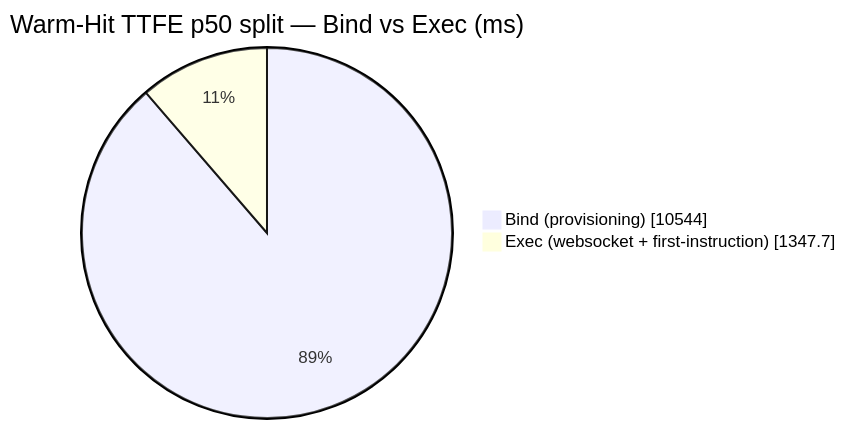
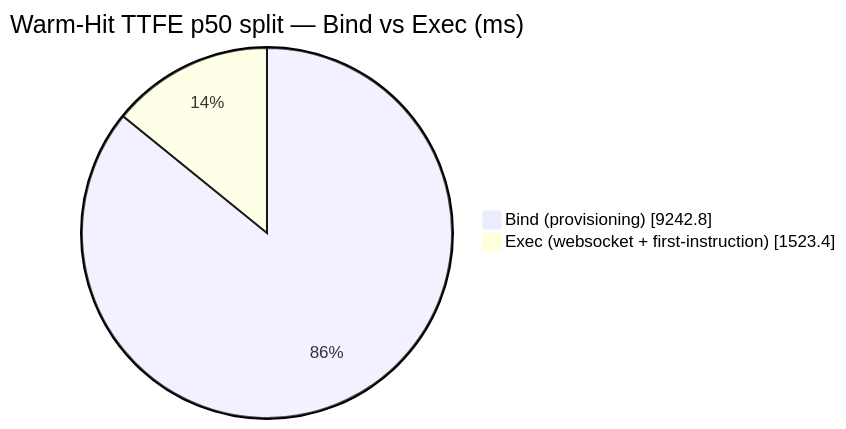
The diagram in DETAILS.md (AlexBulankou/honest-bench), drawn with Mermaid before and after one commit. The commit also changed other lines of this file and 5 other files, not shown here.

````diff
--- a/DETAILS.md
+++ b/DETAILS.md
@@ -109,6 +110,6 @@
 ```mermaid
 pie showData
     title Warm-Hit TTFE p50 split — Bind vs Exec (ms)
-    "Bind (provisioning)" : 10544.0
-    "Exec (websocket + first-instruction)" : 1347.7
+    "Bind (provisioning)" : 9242.8
+    "Exec (websocket + first-instruction)" : 1523.4
 ```
````
